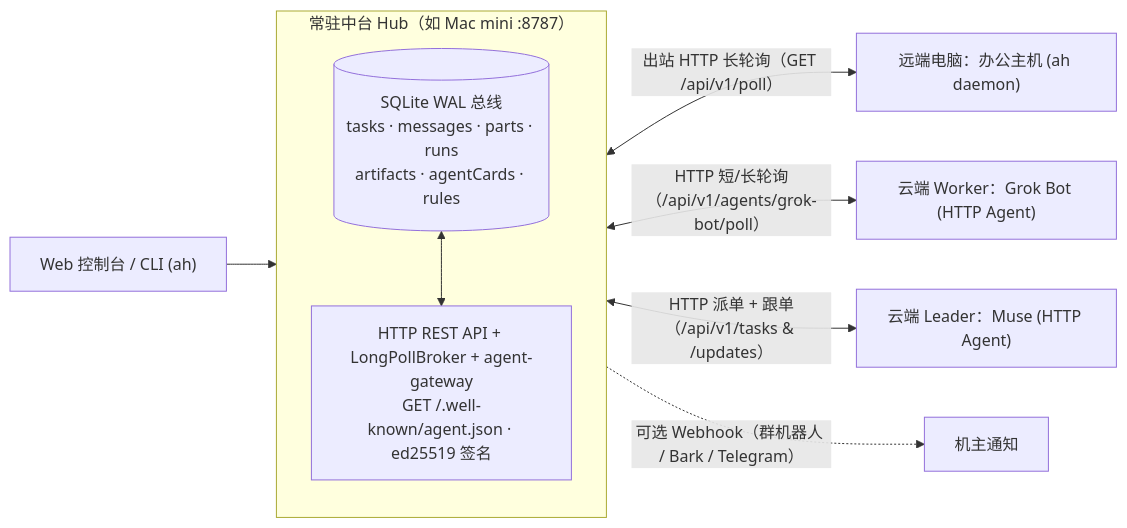
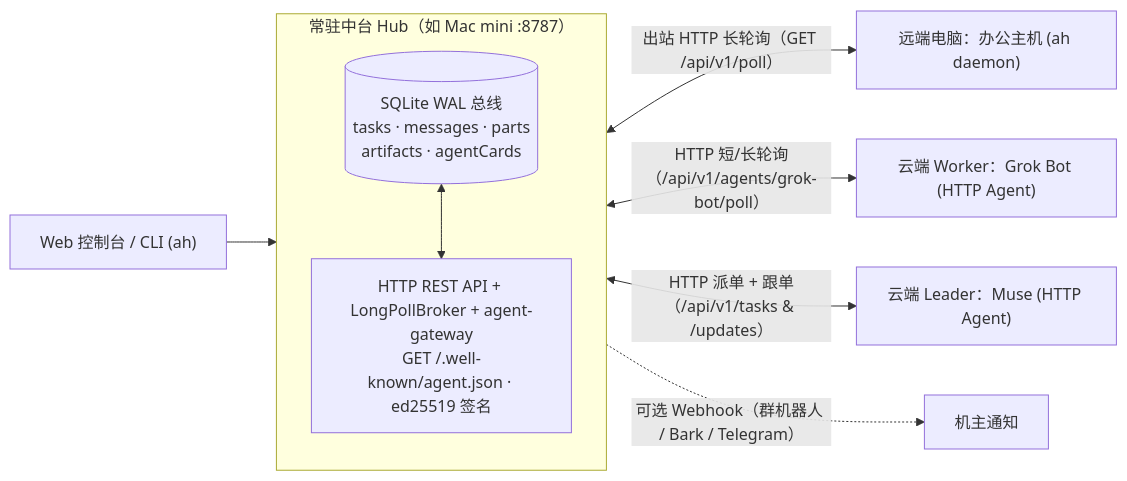
One commit to backtomyfuture/a2a-hub changed the diagram in README.md. Above: the diagram before and after it, drawn with Mermaid. The commit also changed other lines of this file and 63 other files, not shown here.

````diff
--- a/README.md
+++ b/README.md
@@ -32,14 +32,14 @@
 ```mermaid
 flowchart LR
     WEB["Web 控制台 / CLI (ah)"] --> HUB
     subgraph HUB["常驻中台 Hub（如 Mac mini :8787）"]
         direction TB
-        SQL[("SQLite WAL 总线\ntasks · messages · parts · runs\nartifacts · agentCards · rules")]
+        SQL[("SQLite WAL 总线\ntasks · messages · parts\nartifacts · agentCards")]
         API["HTTP REST API + LongPollBroker + agent-gateway\nGET /.well-known/agent.json · ed25519 签名"]
         SQL <--> API
     end
     HUB <-->|"出站 HTTP 长轮询（GET /api/v1/poll）"| N1["远端电脑：办公主机 (ah daemon)"]
     HUB <-->|"HTTP 短/长轮询（/api/v1/agents/grok-bot/poll）"| N2["云端 Worker：Grok Bot (HTTP Agent)"]
     HUB <-->|"HTTP 派单 + 跟单（/api/v1/tasks & /updates）"| N3["云端 Leader：Muse (HTTP Agent)"]
     HUB -.->|"可选 Webhook（群机器人 / Bark / Telegram）"| OWNER["机主通知"]
 ```
````
